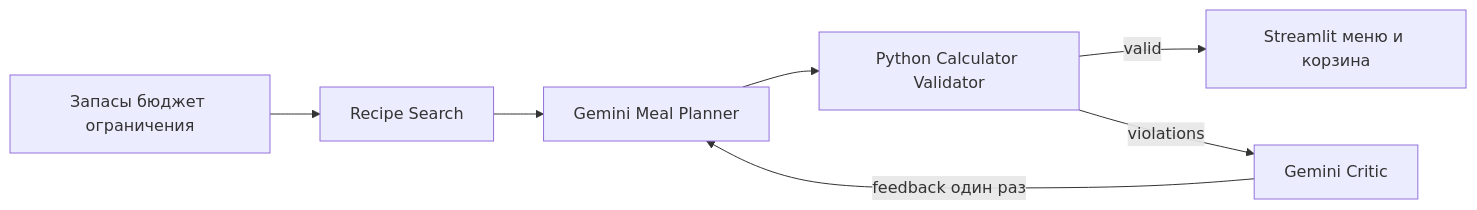
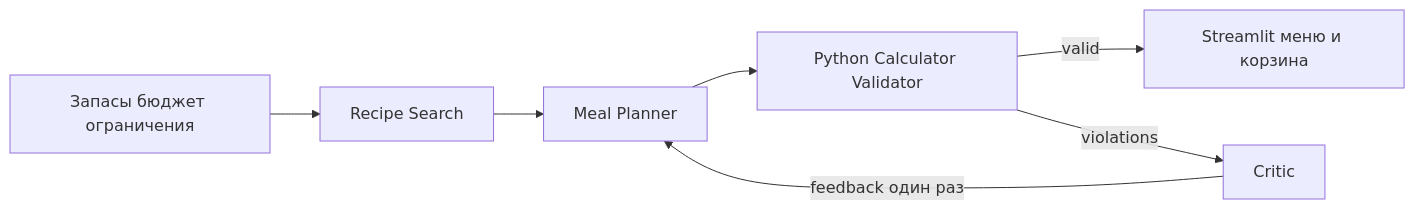
Before and after one commit to asastyy/smart-grocery-agents: the diagram in docs/PROJECT_PROPOSAL.md, drawn with Mermaid. The commit also changed other lines of this file and 16 other files, not shown here.

````diff
--- a/docs/PROJECT_PROPOSAL.md
+++ b/docs/PROJECT_PROPOSAL.md
@@ -27,9 +24,9 @@
 ```mermaid
 flowchart LR
     U[Запасы бюджет ограничения] --> S[Recipe Search]
-    S --> P[Gemini Meal Planner]
+    S --> P[Meal Planner]
     P --> V[Python Calculator Validator]
     V -->|valid| UI[Streamlit меню и корзина]
-    V -->|violations| C[Gemini Critic]
+    V -->|violations| C[Critic]
     C -->|feedback один раз| P
 ```
````
